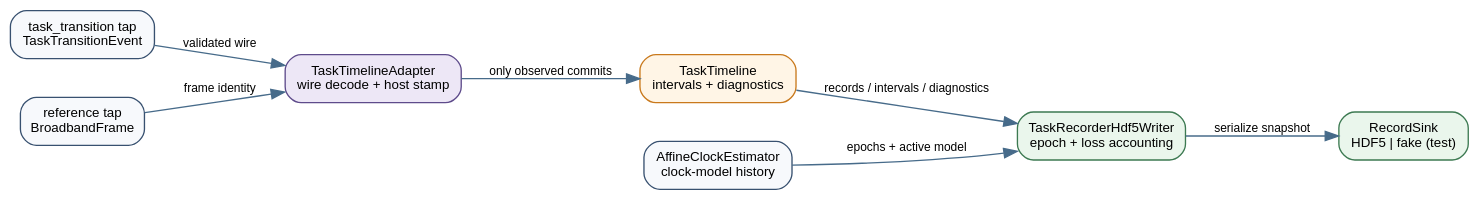
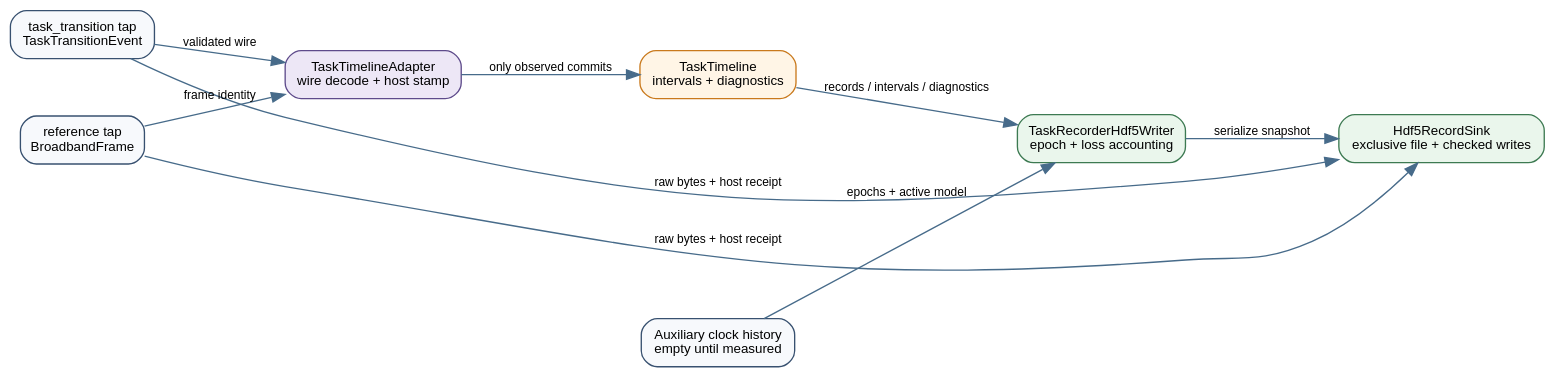
One commit to Neuro-Mechatronics-Interfaces/ScienceXYZ changed the diagram in apps/stateful-decode-and-sync/docs/task-recorder-timeline.dot. Above: the diagram before and after it, drawn with Graphviz. The commit also changed 13 other files, not shown here.

```diff
--- a/apps/stateful-decode-and-sync/docs/task-recorder-timeline.dot
+++ b/apps/stateful-decode-and-sync/docs/task-recorder-timeline.dot
@@ -1,21 +1,23 @@
 digraph task_recorder_timeline {
   graph [rankdir=LR, bgcolor="transparent", pad="0.15", nodesep="0.4", ranksep="0.55"];
   node [shape=box, style="rounded,filled", fontname="Arial", fontsize=10,
         color="#385170", fillcolor="#F7F9FC", margin="0.12,0.07"];
   edge [fontname="Arial", fontsize=9, color="#476B8A"];
 
   events [label="task_transition tap\nTaskTransitionEvent"];
   reference [label="reference tap\nBroadbandFrame"];
   adapter [label="TaskTimelineAdapter\nwire decode + host stamp", fillcolor="#EDE7F6", color="#5E4B8B"];
   timeline [label="TaskTimeline\nintervals + diagnostics", fillcolor="#FFF5E6", color="#C9791C"];
-  clocks [label="AffineClockEstimator\nclock-model history"];
+  clocks [label="Auxiliary clock history\nempty until measured"];
   writer [label="TaskRecorderHdf5Writer\nepoch + loss accounting", fillcolor="#EAF6EC", color="#3D7A52"];
-  sink [label="RecordSink\nHDF5 | fake (test)", fillcolor="#EAF6EC", color="#3D7A52"];
+  sink [label="Hdf5RecordSink\nexclusive file + checked writes", fillcolor="#EAF6EC", color="#3D7A52"];
 
   events -> adapter [label="validated wire"];
   reference -> adapter [label="frame identity"];
   adapter -> timeline [label="only observed commits"];
   timeline -> writer [label="records / intervals / diagnostics"];
   clocks -> writer [label="epochs + active model"];
   writer -> sink [label="serialize snapshot"];
+  events -> sink [label="raw bytes + host receipt", constraint=false];
+  reference -> sink [label="raw bytes + host receipt", constraint=false];
 }
```
